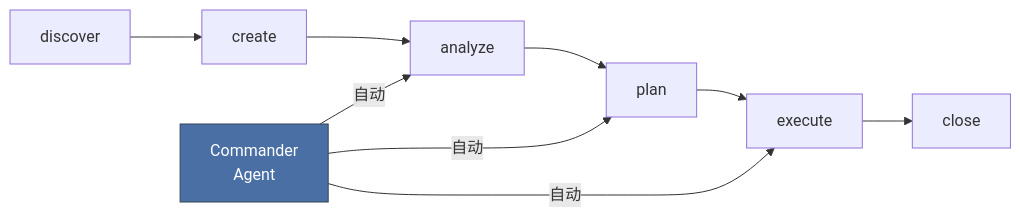
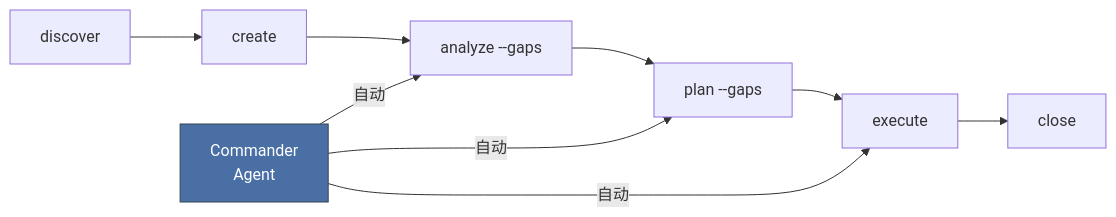
The seventh of 9 diagrams in guide/command-usage-guide.md (catlog22/maestro-flow), drawn with Mermaid before and after one commit. The commit also changed other lines of this file and 75 other files, not shown here.

````diff
--- a/guide/command-usage-guide.md
+++ b/guide/command-usage-guide.md
@@ -600,14 +597,14 @@
 ```mermaid
 graph LR
     DIS[discover] --> CRE[create]
-    CRE --> ANA[analyze]
-    ANA --> PLN[plan]
+    CRE --> ANA["analyze --gaps"]
+    ANA --> PLN["plan --gaps"]
     PLN --> EXE[execute]
     EXE --> CLS[close]
 
     CMD["Commander<br>Agent"]:::commander -->|自动| ANA
     CMD -->|自动| PLN
     CMD -->|自动| EXE
 
     classDef commander fill:#4a6fa5,color:#fff,stroke:#345
 ```
````
